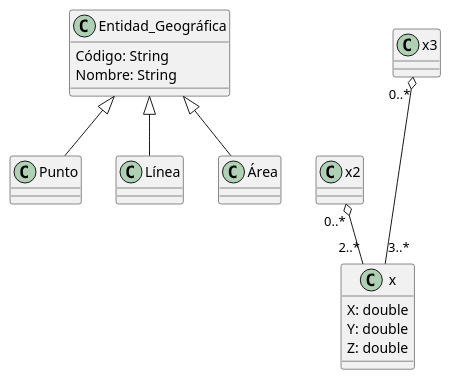
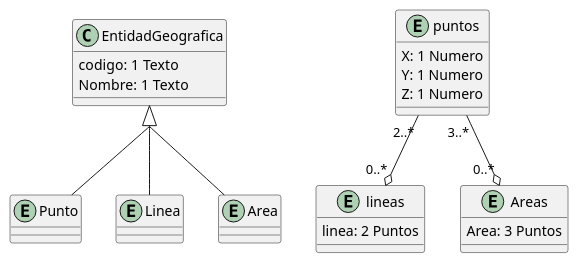
Before and after one commit to JorgeCadrecha/Ejercicios_UML: the diagram in PlantUML/Intento_de_Ejercicio21.puml, drawn with PlantUML.

Commit message:
Ejercicio21

```diff
--- a/PlantUML/Intento_de_Ejercicio21.puml
+++ b/PlantUML/Intento_de_Ejercicio21.puml
@@ -1,29 +1,29 @@
 @startuml
-class Entidad_Geográfica{
-Código: String
-Nombre: String
+skinparam groupInheritance 2
+class EntidadGeografica{
+ codigo: 1 Texto
+ Nombre: 1 Texto
+}
+entity Punto
+entity Linea
+entity Area
+
+entity puntos{
+ X: 1 Numero
+ Y: 1 Numero
+ Z: 1 Numero
+}
+entity lineas{
+ linea: 2 Puntos
+}
+entity Areas{
+ Area: 3 Puntos
 }
 
-class Punto {}
-class Línea {}
-class Área {}
-
-Entidad_Geográfica <|-- Punto
-Entidad_Geográfica <|-- Línea
-Entidad_Geográfica <|-- Área
-
-
-class x {
-X: double
-Y: double
-Z: double
-}
-
-class x2 {}
-class x3 {}
-
-x2 "0..*" o-- "2..*"x
-x3 "0..*" o--- "3..* "x
-
+puntos"2..*" --o "0..*"lineas
+puntos"3..*" --o "0..*"Areas
+EntidadGeografica <|-- Punto
+EntidadGeografica <|-- Linea
+EntidadGeografica <|-- Area
 
 @enduml
```
